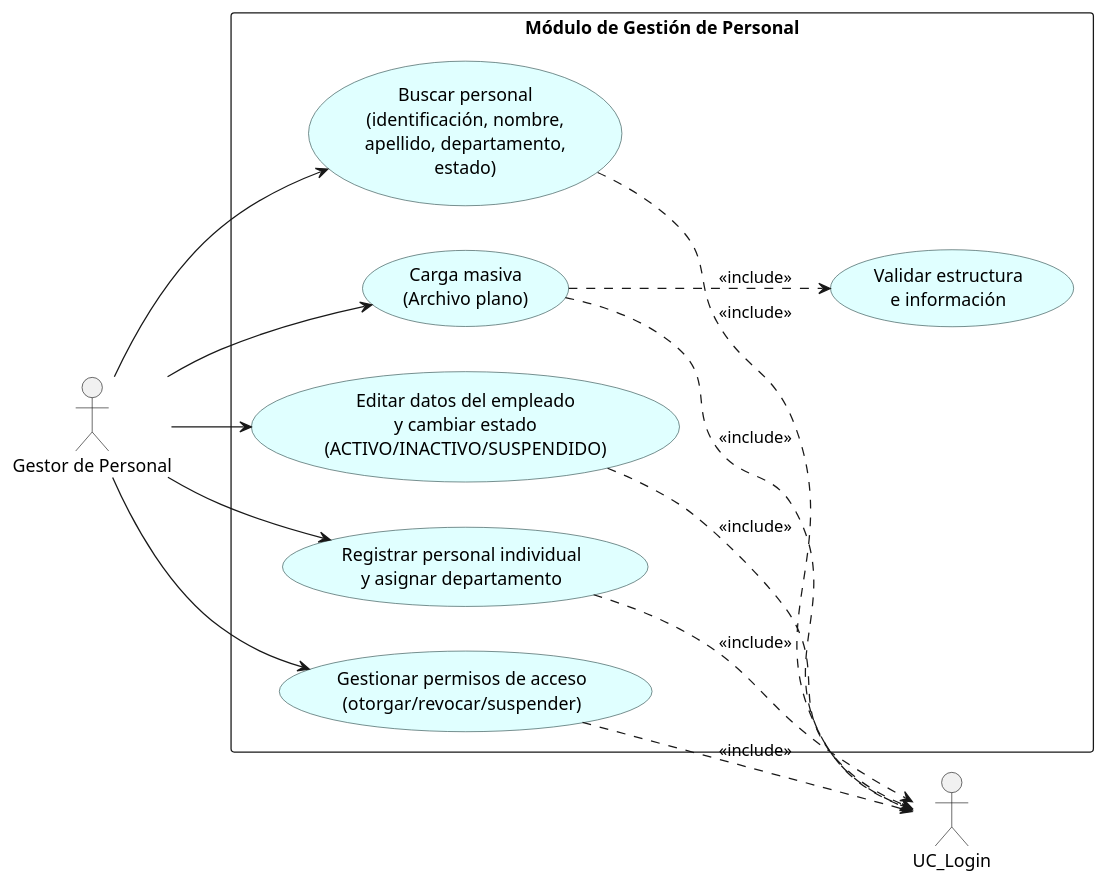
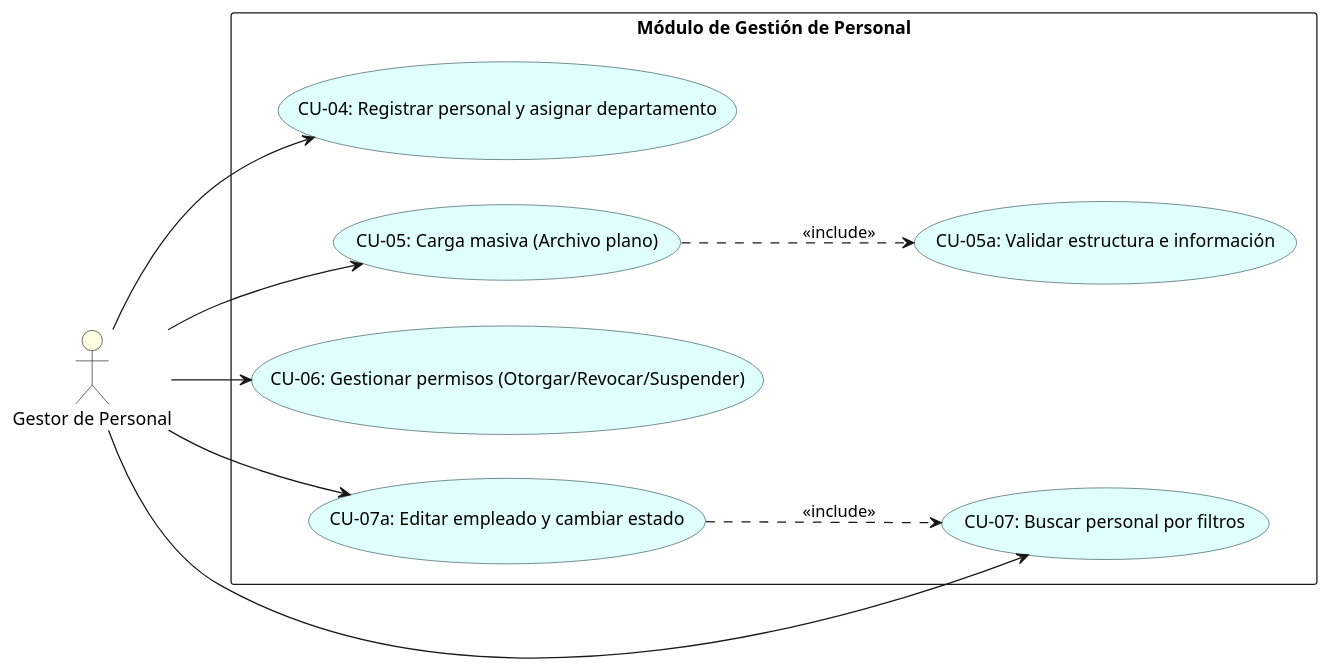
Before and after one commit to ElianMMCode/Zone-Control: the diagram in docs/diagramas/casos_uso/04_modulo_gestion_personal.puml, drawn with PlantUML. The commit also changed 7 other files, not shown here.

```diff
--- a/docs/diagramas/casos_uso/04_modulo_gestion_personal.puml
+++ b/docs/diagramas/casos_uso/04_modulo_gestion_personal.puml
@@ -1,33 +1,29 @@
 @startuml
 skinparam usecase {
     BackgroundColor LightCyan
     BorderColor DarkSlateGray
 }
 skinparam packageStyle rectangle
 left to right direction
 
-actor "Gestor de Personal" as Gestor
+actor "Gestor de Personal" as Gestor #LightYellow
 
 package "Módulo de Gestión de Personal" {
-    usecase "Registrar personal individual\ny asignar departamento" as UC_Gest1
-    usecase "Carga masiva\n(Archivo plano)" as UC_Gest2
-    usecase "Validar estructura\ne información" as UC_Gest3
-    usecase "Gestionar permisos de acceso\n(otorgar/revocar/suspender)" as UC_Gest4
-    usecase "Buscar personal\n(identificación, nombre,\napellido, departamento,\nestado)" as UC_Gest5
-    usecase "Editar datos del empleado\ny cambiar estado\n(ACTIVO/INACTIVO/SUSPENDIDO)" as UC_Gest6
+    usecase "CU-04: Registrar personal y asignar departamento" as UC_Gest1
+    usecase "CU-05: Carga masiva (Archivo plano)" as UC_Gest2
+    usecase "CU-05a: Validar estructura e información" as UC_Gest3
+    usecase "CU-06: Gestionar permisos (Otorgar/Revocar/Suspender)" as UC_Gest4
+    usecase "CU-07: Buscar personal por filtros" as UC_Gest5
+    usecase "CU-07a: Editar empleado y cambiar estado" as UC_Gest6
 
     UC_Gest2 ..> UC_Gest3 : <<include>>
+    UC_Gest6 ..> UC_Gest5 : <<include>>
 }
 
 Gestor --> UC_Gest1
 Gestor --> UC_Gest2
 Gestor --> UC_Gest4
 Gestor --> UC_Gest5
 Gestor --> UC_Gest6
-UC_Gest1 ..> UC_Login : <<include>>
-UC_Gest2 ..> UC_Login : <<include>>
-UC_Gest4 ..> UC_Login : <<include>>
-UC_Gest5 ..> UC_Login : <<include>>
-UC_Gest6 ..> UC_Login : <<include>>
 
 @enduml
```
